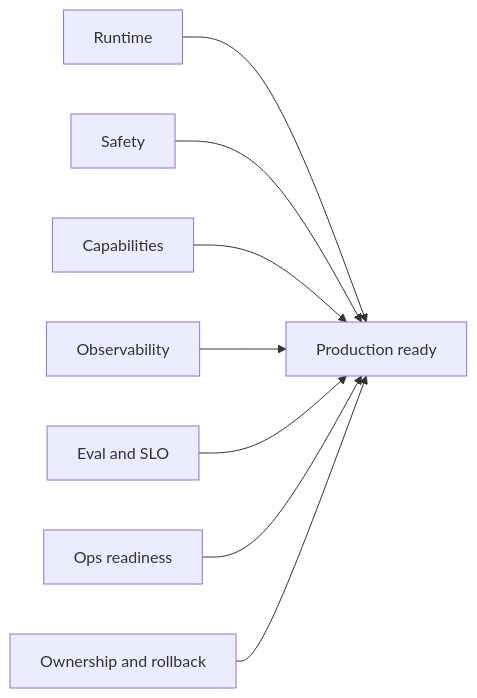
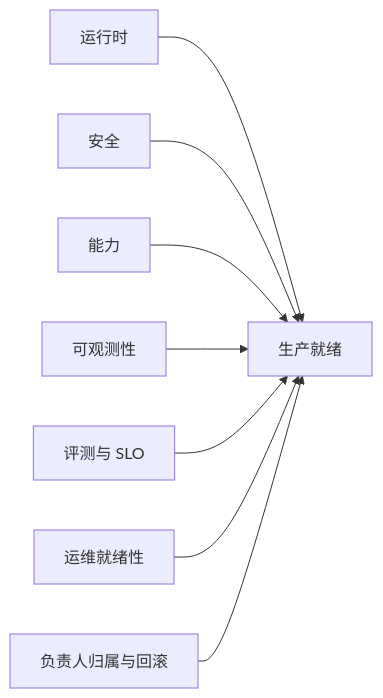
One commit to agent-axiom/agent-arch changed the diagram in docs/book/part-vii/chapter-18.zh.md. Above: the diagram before and after it, drawn with Mermaid. The commit also changed other lines of this file, not shown here.

````diff
--- a/docs/book/part-vii/chapter-18.zh.md
+++ b/docs/book/part-vii/chapter-18.zh.md
@@ -137,10 +137,10 @@
 ``` mermaid
 flowchart LR
-    A["Runtime"] --> H["Production ready"]
-    B["Safety"] --> H
-    C["Capabilities"] --> H
-    D["Observability"] --> H
-    E["Eval and SLO"] --> H
-    F["Ops readiness"] --> H
-    G["Ownership and rollback"] --> H
+    A["运行时"] --> H["生产就绪"]
+    B["安全"] --> H
+    C["能力"] --> H
+    D["可观测性"] --> H
+    E["评测与 SLO"] --> H
+    F["运维就绪性"] --> H
+    G["负责人归属与回滚"] --> H
 ```
````
